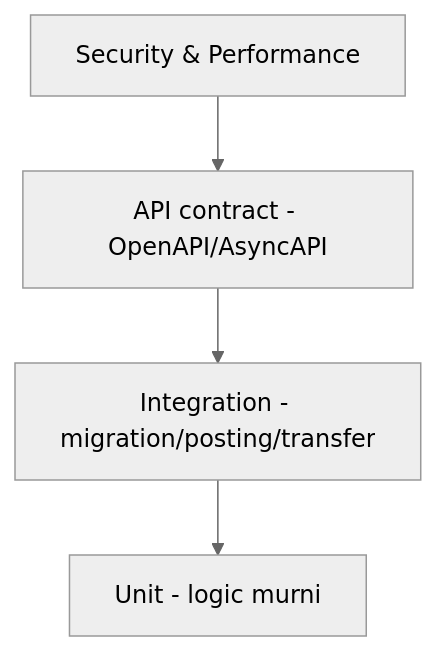
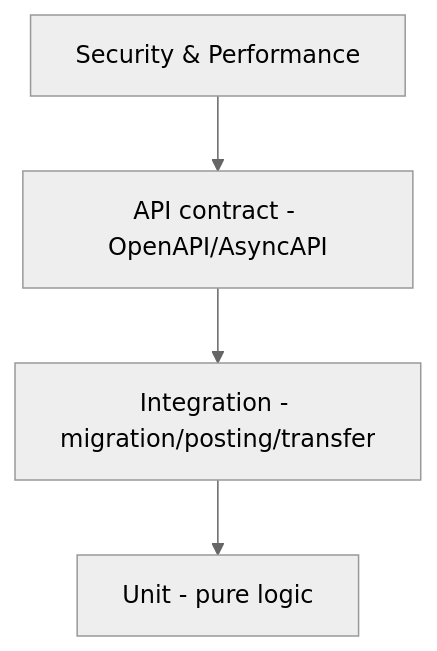
The diagram in .claude/skills/awcms-testing/SKILL.md (ahliweb/awcms), drawn with Mermaid (neutral theme) before and after one commit. The commit also changed other lines of this file and 603 other files, not shown here.

````diff
--- a/.claude/skills/awcms-testing/SKILL.md
+++ b/.claude/skills/awcms-testing/SKILL.md
@@ -40,4 +42,4 @@
 ```mermaid
 flowchart TB
-  E[Security & Performance] --> D[API contract - OpenAPI/AsyncAPI] --> C[Integration - migration/posting/transfer] --> B[Unit - logic murni]
+  E[Security & Performance] --> D[API contract - OpenAPI/AsyncAPI] --> C[Integration - migration/posting/transfer] --> B[Unit - pure logic]
 ```
````
